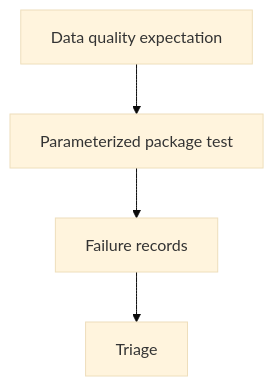
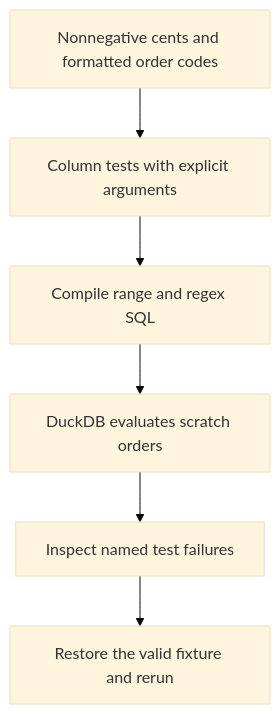
The diagram in docs/lessons/0032-dbt-expectations-for-richer-data-assertions.md (Rohit1024/dbt-learn), drawn with Mermaid (base theme) before and after one commit. The commit also changed other lines of this file and 4 other files, not shown here.

````diff
--- a/docs/lessons/0032-dbt-expectations-for-richer-data-assertions.md
+++ b/docs/lessons/0032-dbt-expectations-for-richer-data-assertions.md
@@ -7,8 +9,8 @@
 ```mermaid
 flowchart TD
-    A["Data quality expectation"]
-    B["Parameterized package test"]
-    C["Failure records"]
-    D["Triage"]
-    A --> B --> C --> D
+    Rule["Nonnegative cents and formatted order codes"] --> YAML["Column tests with explicit arguments"]
+    YAML --> SQL["Compile range and regex SQL"]
+    SQL --> Rows["DuckDB evaluates scratch orders"]
+    Rows --> Result["Inspect named test failures"]
+    Result --> Fix["Restore the valid fixture and rerun"]
 ```
````
